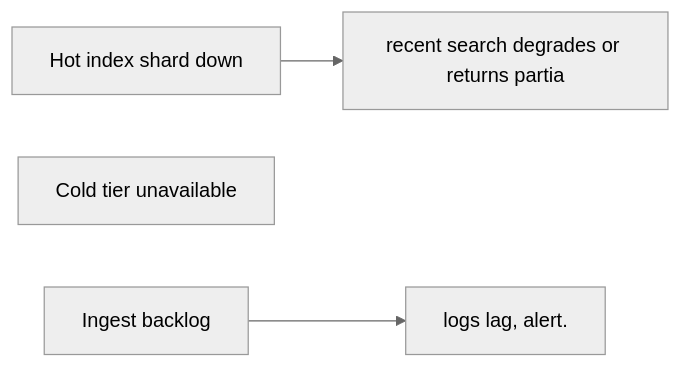
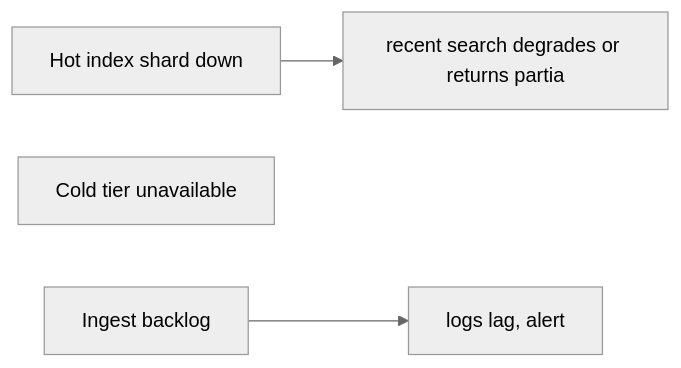
One commit to RIT-MESH/system-design-mastery changed the third of 3 diagrams in case-studies/intermediate/logging-platform.md. Above: the diagram before and after it, drawn with Mermaid (neutral theme). The commit also changed other lines of this file and 215 other files, not shown here.

First line of the commit message:
Complete all remaining work: expand case studies, add 13 AI case studies, fix diagrams, status to Complete

````diff
--- a/case-studies/intermediate/logging-platform.md
+++ b/case-studies/intermediate/logging-platform.md
@@ -135,11 +167,11 @@
 ```mermaid
 %% created-for: system-design-mastery
 flowchart LR
   C1["Hot index shard down"]
   R2["recent search degrades or returns partia"]
   C1 --> R2
   C3["Cold tier unavailable"]
   C4["Ingest backlog"]
-  R5["logs lag, alert."]
+  R5["logs lag, alert"]
   C4 --> R5
 ```
````
